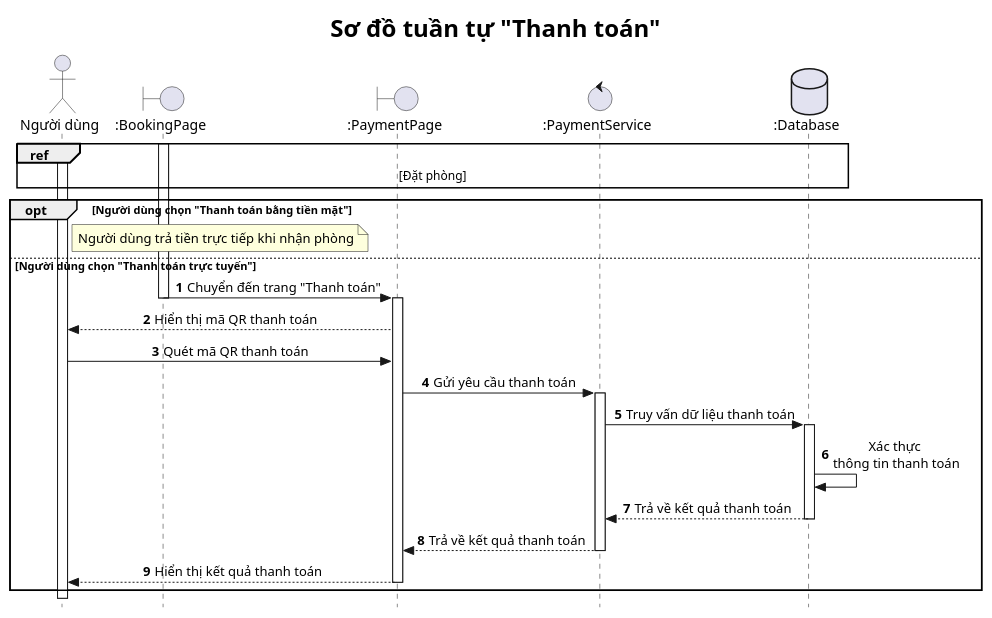
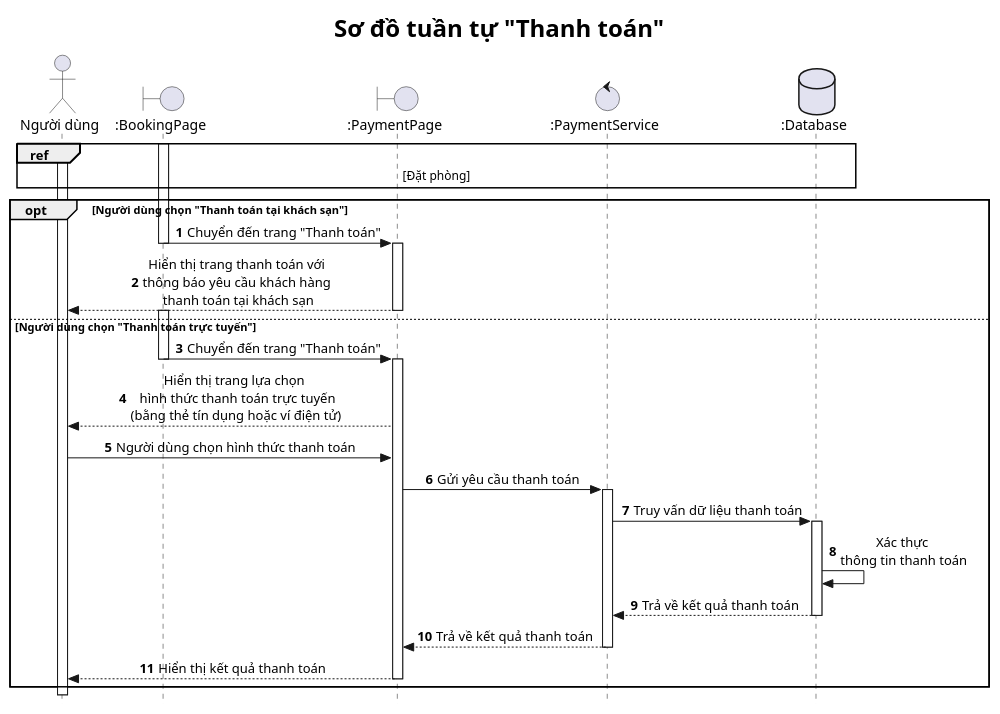
One commit to Hotelligence/hotelligence-diagrams changed the diagram in src/sequence/userServices/paymentService/s-payment.plantuml. Above: the diagram before and after it, drawn with PlantUML. The commit also changed 37 other files, not shown here.

Commit message:
adjust some use cases and their flows

```diff
--- a/src/sequence/userServices/paymentService/s-payment.plantuml
+++ b/src/sequence/userServices/paymentService/s-payment.plantuml
@@ -1,46 +1,49 @@
 @startuml
 
 title <size: 24> Sơ đồ tuần tự "Thanh toán" </size>
 
 skinparam style strictuml
 skinparam SequenceMessageAlignment center
 
 autonumber
 
 actor "Người dùng" as U
 boundary ":BookingPage" as BP
 boundary ":PaymentPage" as PP
 control ":PaymentService" as PS
 database ":Database" as DB  
 
 ref over U, DB
     [Đặt phòng]
 end ref
 
-opt Người dùng chọn "Thanh toán bằng tiền mặt"
-    note right of U
-        Người dùng trả tiền trực tiếp khi nhận phòng
-    end note
-else Người dùng chọn "Thanh toán trực tuyến"
+opt Người dùng chọn "Thanh toán tại khách sạn"
     activate BP
     BP -> PP: Chuyển đến trang "Thanh toán"
     deactivate BP
     activate PP
-    PP --> U: Hiển thị mã QR thanh toán
-    U -> PP: Quét mã QR thanh toán
+    PP --> U: Hiển thị trang thanh toán với \nthông báo yêu cầu khách hàng \nthanh toán tại khách sạn
+    deactivate PP
+else Người dùng chọn "Thanh toán trực tuyến"
+    activate BP    
+    BP -> PP: Chuyển đến trang "Thanh toán"
+    deactivate BP
+    activate PP
+    PP --> U: Hiển thị trang lựa chọn \n hình thức thanh toán trực tuyến\n(bằng thẻ tín dụng hoặc ví điện tử)
+    U -> PP: Người dùng chọn hình thức thanh toán
     PP -> PS: Gửi yêu cầu thanh toán
     activate PS
     PS -> DB: Truy vấn dữ liệu thanh toán
     activate DB
     DB -> DB: Xác thực \nthông tin thanh toán
     DB --> PS: Trả về kết quả thanh toán
     deactivate DB
     PS --> PP: Trả về kết quả thanh toán
     deactivate PS
     PP --> U: Hiển thị kết quả thanh toán
     deactivate PP
 end
 
 activate U
 
 @enduml
```
